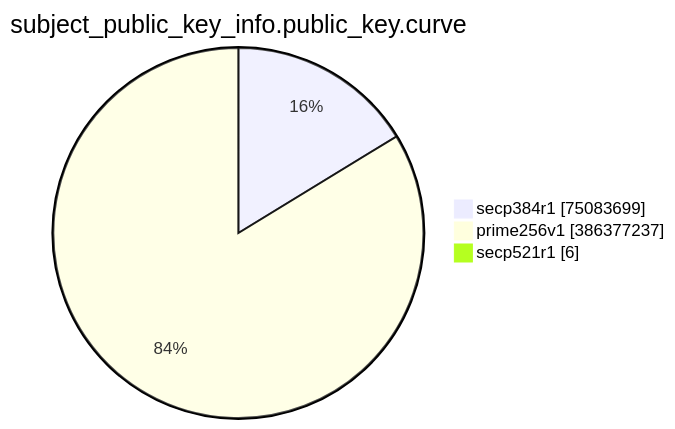
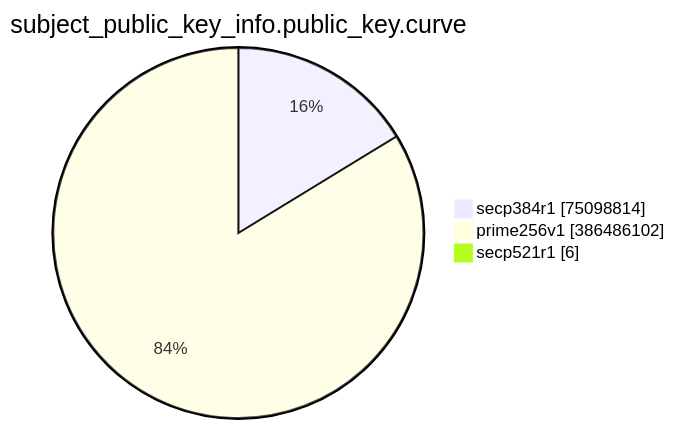
The eighth of 15 diagrams in TOTAL/README.md (christiankrug/ctmonitor_visualization), drawn with Mermaid before and after one commit. The commit also changed other lines of this file, not shown here.

````diff
--- a/TOTAL/README.md
+++ b/TOTAL/README.md
@@ -3094,7 +3094,7 @@
 ```mermaid
 pie showData
 title subject_public_key_info.public_key.curve
-"secp384r1" :75083699
-"prime256v1" :386377237
+"secp384r1" :75098814
+"prime256v1" :386486102
 "secp521r1" :6
 ```
````
